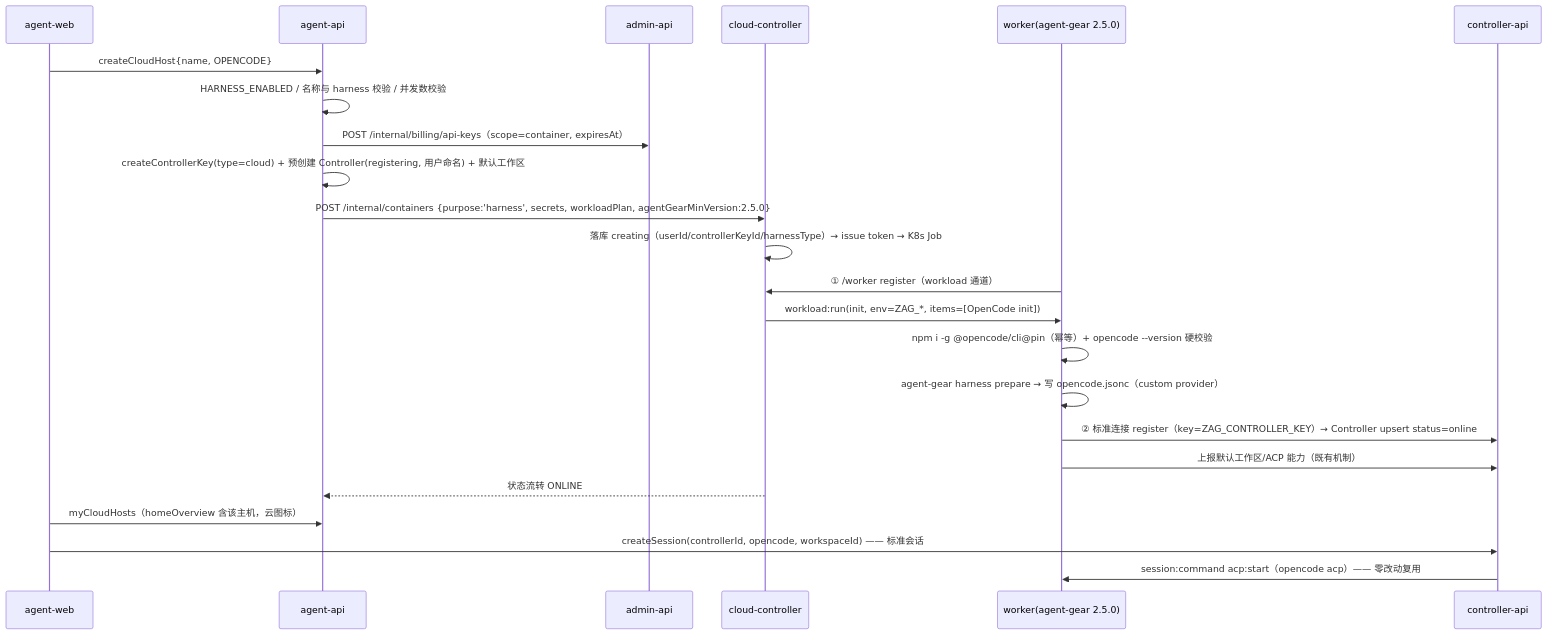
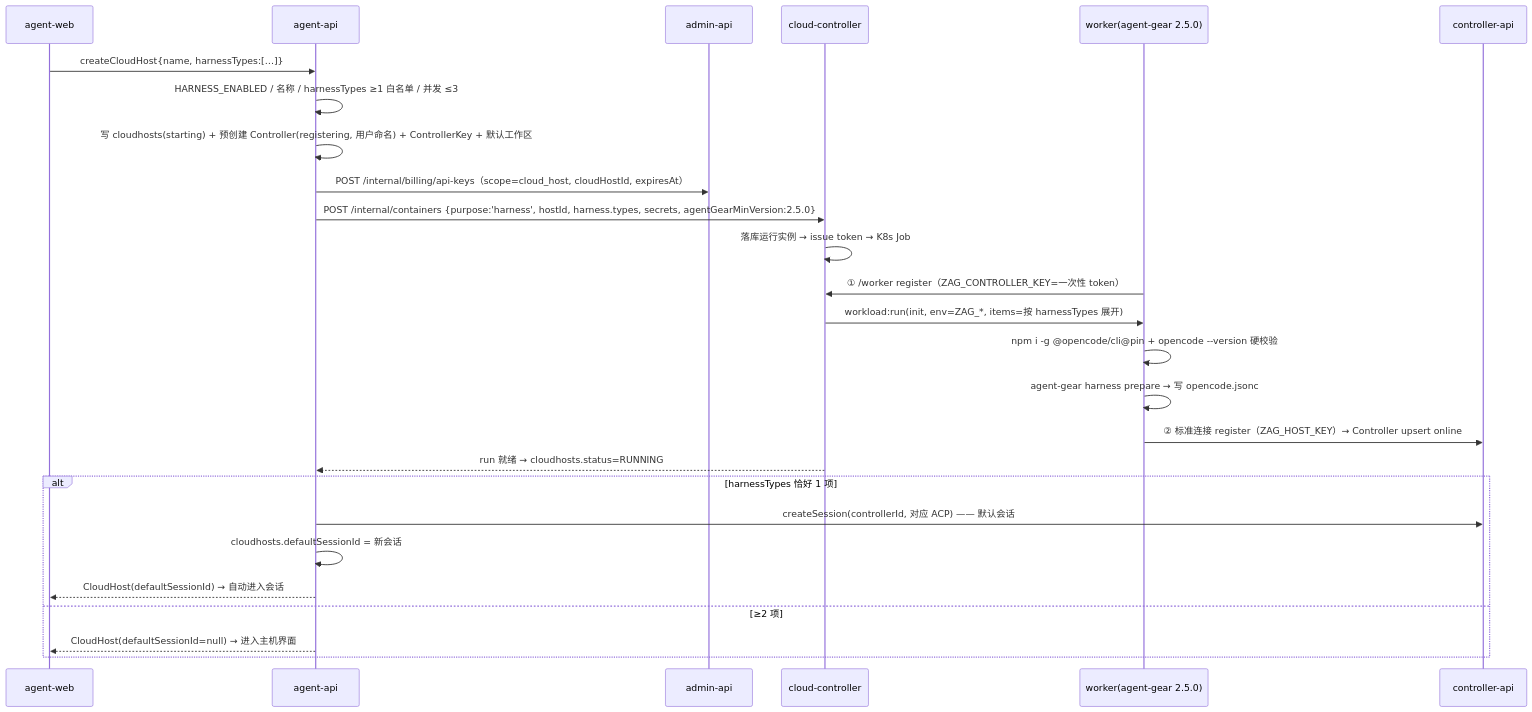
One commit to Deliay/z-agent-gear changed the third of 5 diagrams in docs/engineering/proposals/20261020-feat-container-harness-support.md. Above: the diagram before and after it, drawn with Mermaid. The commit also changed other lines of this file and 3 other files, not shown here.

````diff
--- a/docs/engineering/proposals/20261020-feat-container-harness-support.md
+++ b/docs/engineering/proposals/20261020-feat-container-harness-support.md
@@ -352,26 +410,29 @@
 ```mermaid
 sequenceDiagram
     participant AW as agent-web
     participant AA as agent-api
     participant AD as admin-api
     participant CC as cloud-controller
     participant W as worker(agent-gear 2.5.0)
     participant CA as controller-api
 
-    AW->>AA: createCloudHost{name, OPENCODE}
-    AA->>AA: HARNESS_ENABLED / 名称与 harness 校验 / 并发数校验
-    AA->>AD: POST /internal/billing/api-keys（scope=container, expiresAt）
-    AA->>AA: createControllerKey(type=cloud) + 预创建 Controller(registering, 用户命名) + 默认工作区
-    AA->>CC: POST /internal/containers {purpose:'harness', secrets, workloadPlan, agentGearMinVersion:2.5.0}
-    CC->>CC: 落库 creating（userId/controllerKeyId/harnessType）→ issue token → K8s Job
-    W->>CC: ① /worker register（workload 通道）
-    CC->>W: workload:run(init, env=ZAG_*, items=[OpenCode init])
-    W->>W: npm i -g @opencode/cli@pin（幂等）+ opencode --version 硬校验
-    W->>W: agent-gear harness prepare → 写 opencode.jsonc（custom provider）
-    W->>CA: ② 标准连接 register（key=ZAG_CONTROLLER_KEY）→ Controller upsert status=online
-    W->>CA: 上报默认工作区/ACP 能力（既有机制）
-    CC-->>AA: 状态流转 ONLINE
-    AW->>AA: myCloudHosts（homeOverview 含该主机，云图标）
-    AW->>CA: createSession(controllerId, opencode, workspaceId)  —— 标准会话
-    CA->>W: session:command acp:start（opencode acp）—— 零改动复用
+    AW->>AA: createCloudHost{name, harnessTypes:[…]}
+    AA->>AA: HARNESS_ENABLED / 名称 / harnessTypes ≥1 白名单 / 并发 ≤3
+    AA->>AA: 写 cloudhosts(starting) + 预创建 Controller(registering, 用户命名) + ControllerKey + 默认工作区
+    AA->>AD: POST /internal/billing/api-keys（scope=cloud_host, cloudHostId, expiresAt）
+    AA->>CC: POST /internal/containers {purpose:'harness', hostId, harness.types, secrets, agentGearMinVersion:2.5.0}
+    CC->>CC: 落库运行实例 → issue token → K8s Job
+    W->>CC: ① /worker register（ZAG_CONTROLLER_KEY=一次性 token）
+    CC->>W: workload:run(init, env=ZAG_*, items=按 harnessTypes 展开)
+    W->>W: npm i -g @opencode/cli@pin + opencode --version 硬校验
+    W->>W: agent-gear harness prepare → 写 opencode.jsonc
+    W->>CA: ② 标准连接 register（ZAG_HOST_KEY）→ Controller upsert online
+    CC-->>AA: run 就绪 → cloudhosts.status=RUNNING
+    alt harnessTypes 恰好 1 项
+        AA->>CA: createSession(controllerId, 对应 ACP) —— 默认会话
+        AA->>AA: cloudhosts.defaultSessionId = 新会话
+        AA-->>AW: CloudHost(defaultSessionId) → 自动进入会话
+    else ≥2 项
+        AA-->>AW: CloudHost(defaultSessionId=null) → 进入主机界面
+    end
 ```
````
